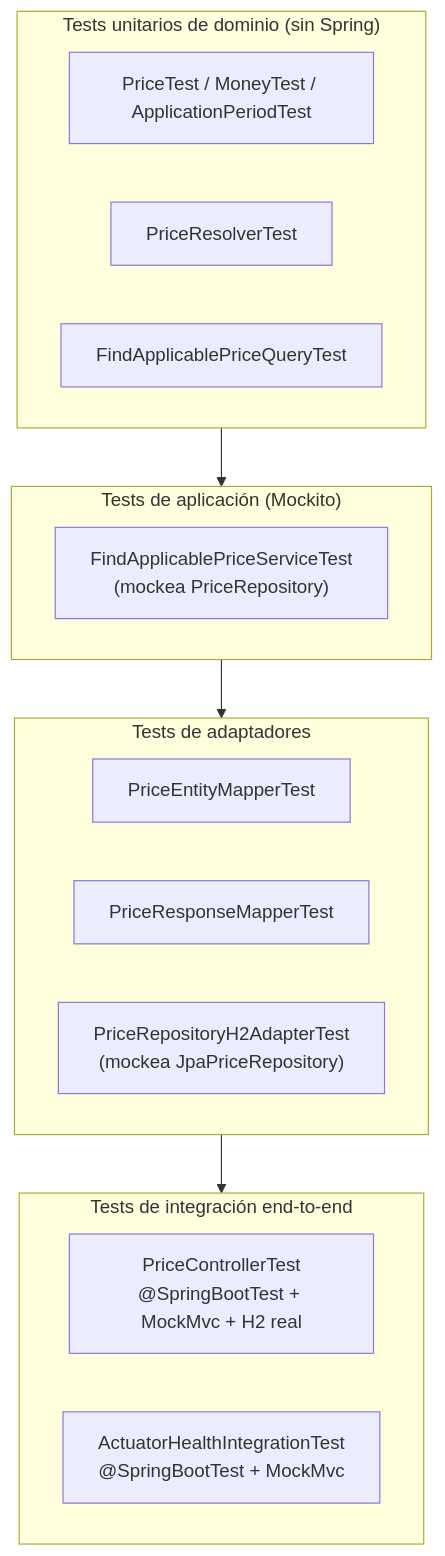
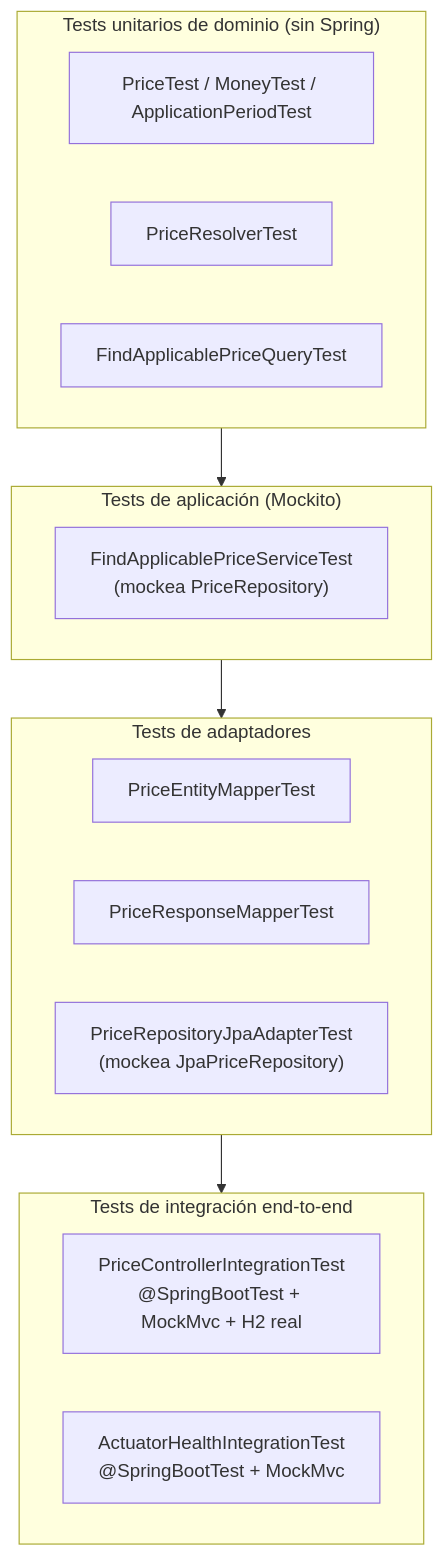
One commit to emanuelmcp/bcnc-inditex changed the sixth of 6 diagrams in README.md. Above: the diagram before and after it, drawn with Mermaid. The commit also changed other lines of this file, not shown here.

````diff
--- a/README.md
+++ b/README.md
@@ -440,22 +477,22 @@
 ```mermaid
 flowchart TD
   subgraph Dominio["Tests unitarios de dominio (sin Spring)"]
     T1["PriceTest / MoneyTest / ApplicationPeriodTest"]
     T2["PriceResolverTest"]
     T3["FindApplicablePriceQueryTest"]
   end
   subgraph Aplicacion["Tests de aplicación (Mockito)"]
     T4["FindApplicablePriceServiceTest<br/>(mockea PriceRepository)"]
   end
   subgraph Infra["Tests de adaptadores"]
     T5["PriceEntityMapperTest"]
     T6["PriceResponseMapperTest"]
-    T7["PriceRepositoryH2AdapterTest<br/>(mockea JpaPriceRepository)"]
+    T7["PriceRepositoryJpaAdapterTest<br/>(mockea JpaPriceRepository)"]
   end
   subgraph Integracion["Tests de integración end-to-end"]
-    T8["PriceControllerTest<br/>@SpringBootTest + MockMvc + H2 real"]
+    T8["PriceControllerIntegrationTest<br/>@SpringBootTest + MockMvc + H2 real"]
     T9["ActuatorHealthIntegrationTest<br/>@SpringBootTest + MockMvc"]
   end
 
   Dominio --> Aplicacion --> Infra --> Integracion
 ```
````
